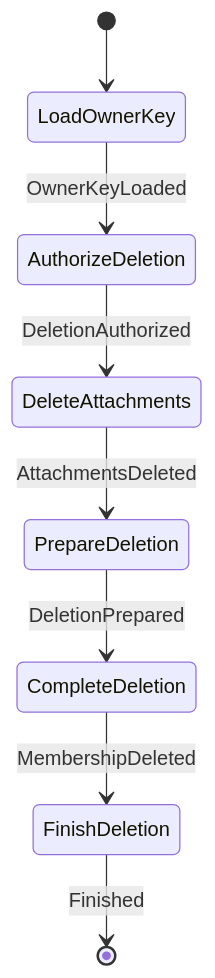
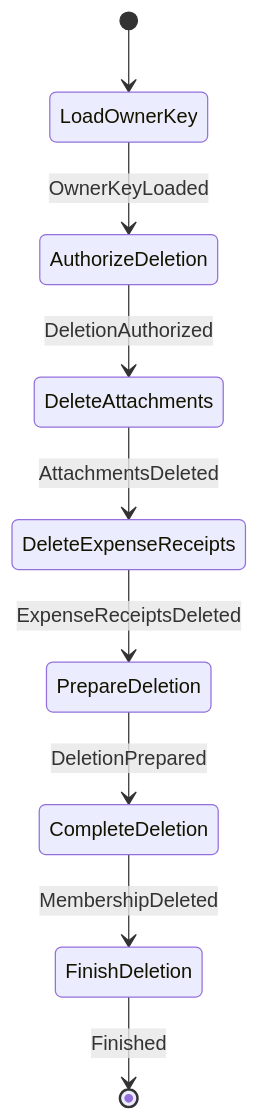
One commit to cbgm/Sparrow changed diagram 12 of 30 in docs/architecture/workflows/incoming.md. Above: the diagram before and after it, drawn with Mermaid. The commit also changed other lines of this file and 61 other files, not shown here.

Commit message:
Add receipt functionality for close expenses, delete expense and edit expense

````diff
--- a/docs/architecture/workflows/incoming.md
+++ b/docs/architecture/workflows/incoming.md
@@ -325,10 +328,11 @@
 ```mermaid
 stateDiagram-v2
     [*] --> LoadOwnerKey
     LoadOwnerKey --> AuthorizeDeletion : OwnerKeyLoaded
     AuthorizeDeletion --> DeleteAttachments : DeletionAuthorized
-    DeleteAttachments --> PrepareDeletion : AttachmentsDeleted
+    DeleteAttachments --> DeleteExpenseReceipts : AttachmentsDeleted
+    DeleteExpenseReceipts --> PrepareDeletion : ExpenseReceiptsDeleted
     PrepareDeletion --> CompleteDeletion : DeletionPrepared
     CompleteDeletion --> FinishDeletion : MembershipDeleted
     FinishDeletion --> [*] : Finished
 ```
````
